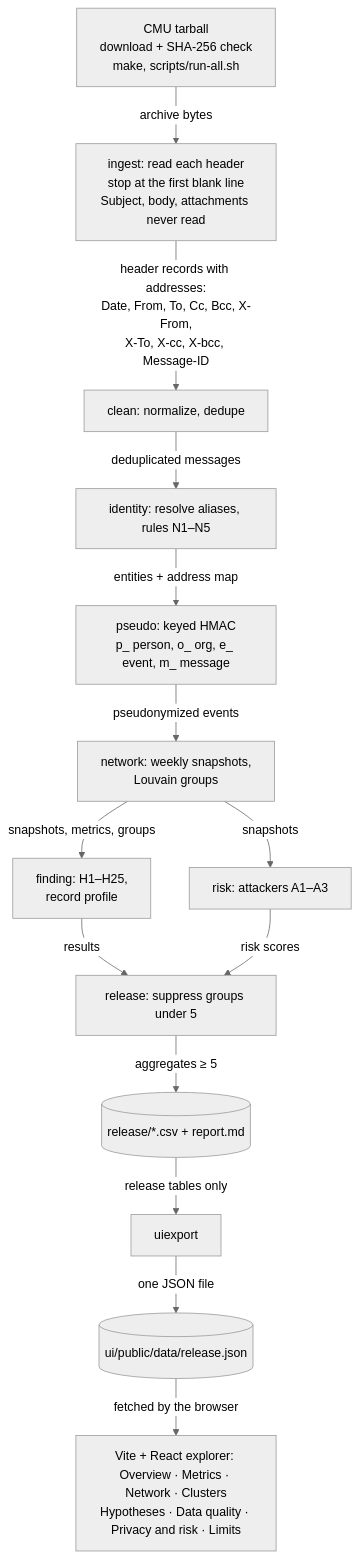
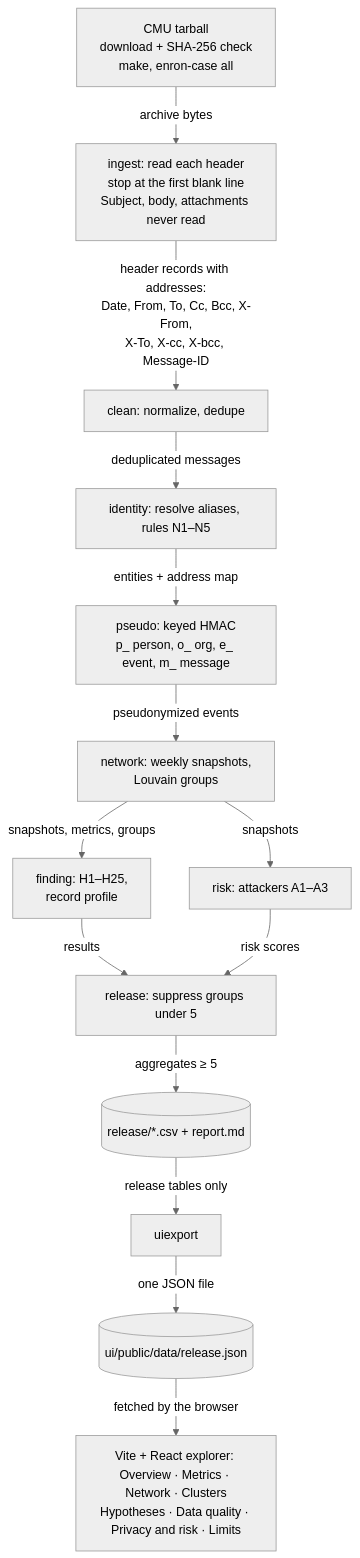
The second of 3 diagrams in README.md (marcusvieira88/network-science), drawn with Mermaid (neutral theme) before and after one commit. The commit also changed other lines of this file and 7 other files, not shown here.

````diff
--- a/README.md
+++ b/README.md
@@ -83,29 +84,29 @@
 ```mermaid
 flowchart TB
-    D["CMU tarball<br/>download + SHA-256 check<br/>make, scripts/run-all.sh"]
+    D["CMU tarball<br/>download + SHA-256 check<br/>make, enron-case all"]
     H["ingest: read each header<br/>stop at the first blank line<br/>Subject, body, attachments never read"]
     C["clean: normalize, dedupe"]
     I["identity: resolve aliases, rules N1–N5"]
     P["pseudo: keyed HMAC<br/>p_ person, o_ org, e_ event, m_ message"]
     N["network: weekly snapshots,<br/>Louvain groups"]
     F["finding: H1–H25,<br/>record profile"]
     R["risk: attackers A1–A3"]
     K["release: suppress groups under 5"]
     T[("release/*.csv + report.md")]
     U["uiexport"]
     J[("ui/public/data/release.json")]
     V["Vite + React explorer: Overview · Metrics · Network · Clusters<br/>Hypotheses · Data quality · Privacy and risk · Limits"]
     D -->|"archive bytes"| H
     H -->|"header records with addresses:<br/>Date, From, To, Cc, Bcc, X-From,<br/>X-To, X-cc, X-bcc, Message-ID"| C
     C -->|"deduplicated messages"| I
     I -->|"entities + address map"| P
     P -->|"pseudonymized events"| N
     N -->|"snapshots, metrics, groups"| F
     N -->|"snapshots"| R
     F -->|"results"| K
     R -->|"risk scores"| K
     K -->|"aggregates ≥ 5"| T
     T -->|"release tables only"| U
     U -->|"one JSON file"| J
     J -->|"fetched by the browser"| V
 ```
````
